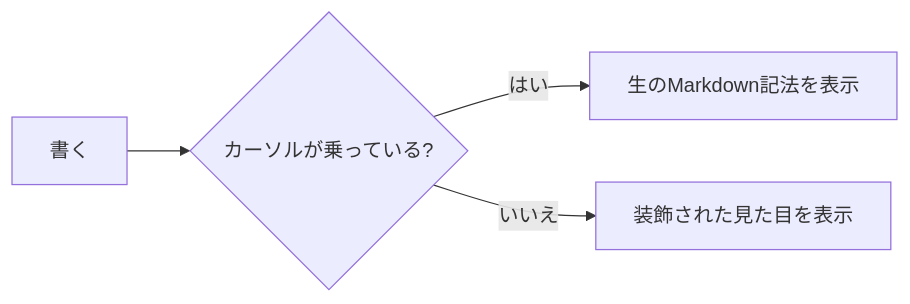
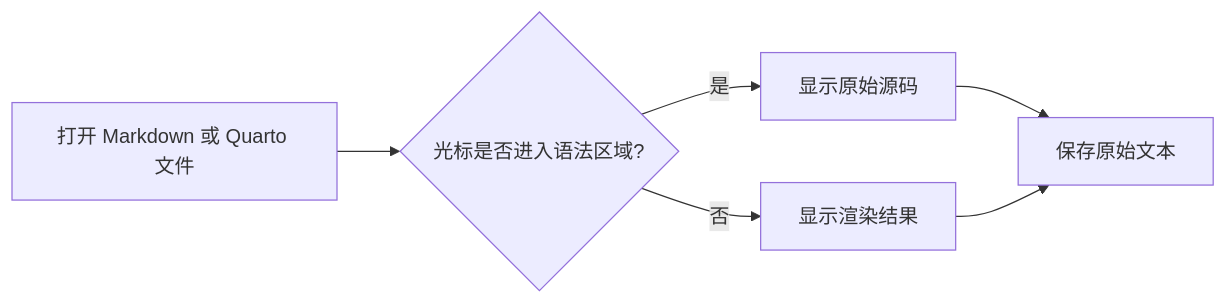
Before and after one commit to uwougil/quarto-live-review-editor: the diagram in sample/sample.md, drawn with Mermaid. The commit also changed other lines of this file and 25 other files, not shown here.

````diff
--- a/sample/sample.md
+++ b/sample/sample.md
@@ -54,6 +51,8 @@
 ```mermaid
 flowchart LR
-    A[書く] --> B{カーソルが乗っている?}
-    B -- はい --> C[生のMarkdown記法を表示]
-    B -- いいえ --> D[装飾された見た目を表示]
+    A[打开 Markdown 或 Quarto 文件] --> B{光标是否进入语法区域?}
+    B -- 是 --> C[显示原始源码]
+    B -- 否 --> D[显示渲染结果]
+    C --> E[保存原始文本]
+    D --> E
 ```
````
